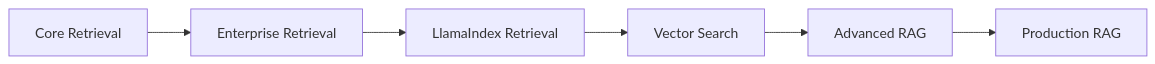
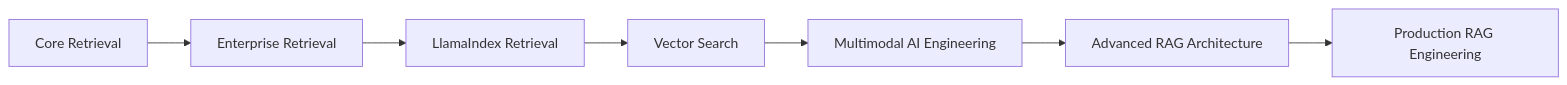
One commit to MihirKJha/enterprise-ai-engineering-handbook changed the first of 11 diagrams in docs/05-advanced-retrieval-augmented-generation/index.md. Above: the diagram before and after it, drawn with Mermaid. The commit also changed other lines of this file and 59 other files, not shown here.

````diff
--- a/docs/05-advanced-retrieval-augmented-generation/index.md
+++ b/docs/05-advanced-retrieval-augmented-generation/index.md
@@ -323,8 +320,9 @@
 ```mermaid
 flowchart LR
     A["Core Retrieval"] --> B["Enterprise Retrieval"]
     B --> C["LlamaIndex Retrieval"]
     C --> D["Vector Search"]
-    D --> E["Advanced RAG"]
-    E --> F["Production RAG"]
+    D --> E["Multimodal AI Engineering"]
+    E --> F["Advanced RAG Architecture"]
+    F --> G["Production RAG Engineering"]
 ```
````
